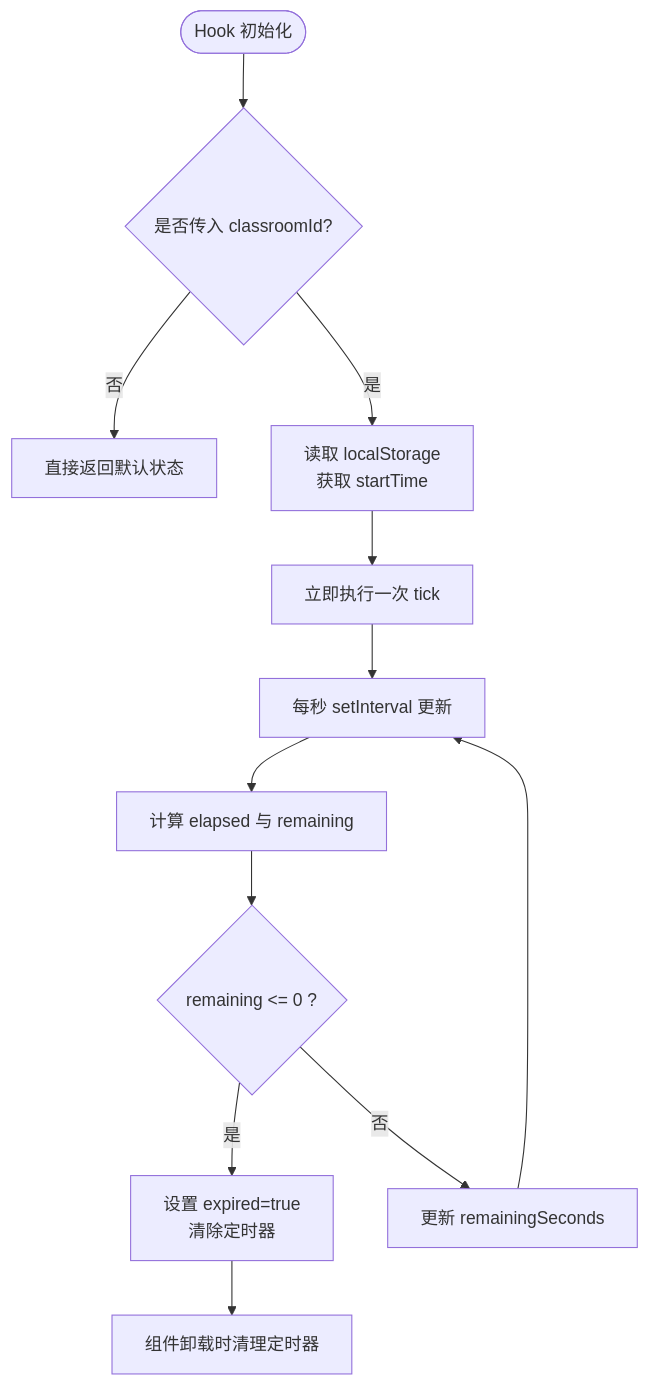
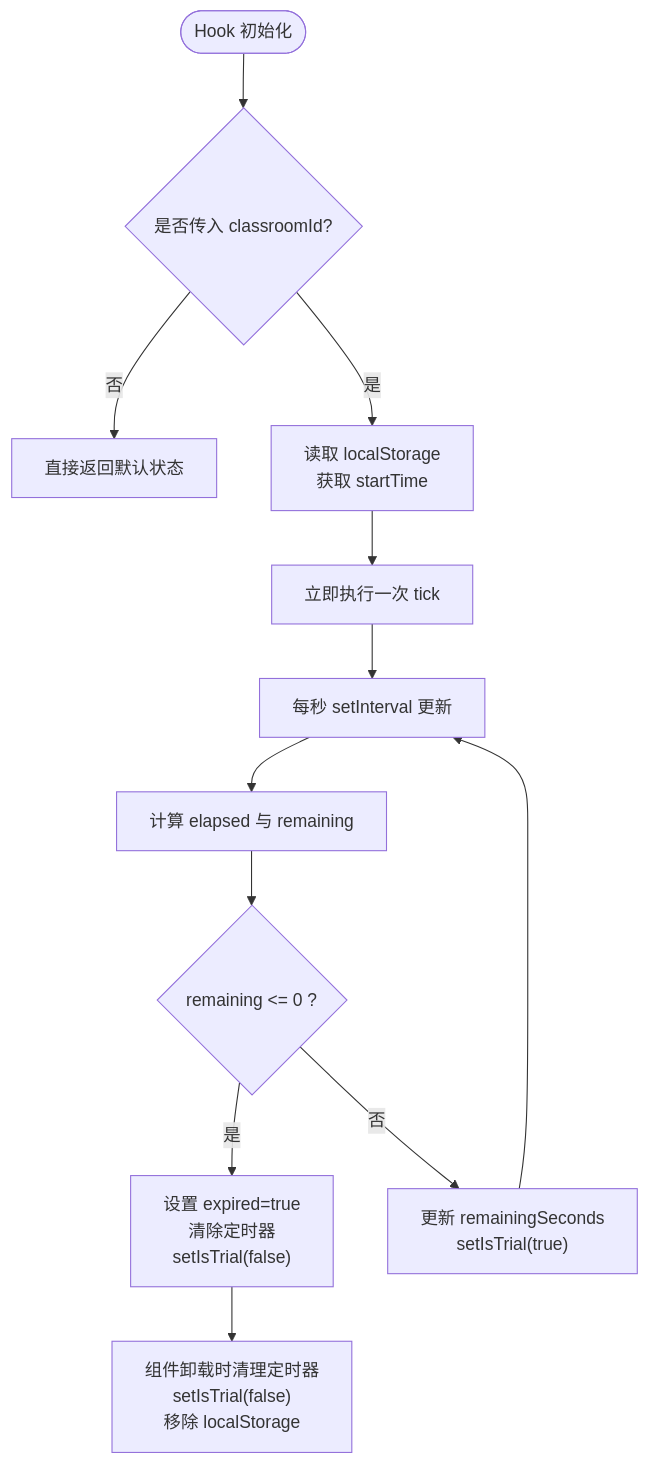
One commit to huangboheng/OpenMAIC changed the second of 2 diagrams in .qoder/repowiki/zh/content/架构设计/前端架构设计/组件系统架构/预览计时器钩子.md. Above: the diagram before and after it, drawn with Mermaid. The commit also changed other lines of this file and 41 other files, not shown here.

````diff
--- a/.qoder/repowiki/zh/content/架构设计/前端架构设计/组件系统架构/预览计时器钩子.md
+++ b/.qoder/repowiki/zh/content/架构设计/前端架构设计/组件系统架构/预览计时器钩子.md
@@ -92,14 +121,14 @@
 ```mermaid
 flowchart TD
 Start(["Hook 初始化"]) --> CheckClassroom{"是否传入 classroomId?"}
 CheckClassroom --> |否| EndNoop["直接返回默认状态"]
 CheckClassroom --> |是| ReadStorage["读取 localStorage<br/>获取 startTime"]
 ReadStorage --> InitTick["立即执行一次 tick"]
 InitTick --> SetInterval["每秒 setInterval 更新"]
 SetInterval --> CalcRemaining["计算 elapsed 与 remaining"]
 CalcRemaining --> ExpiredCheck{"remaining <= 0 ?"}
-ExpiredCheck --> |是| MarkExpired["设置 expired=true<br/>清除定时器"]
-ExpiredCheck --> |否| UpdateState["更新 remainingSeconds"]
+ExpiredCheck --> |是| MarkExpired["设置 expired=true<br/>清除定时器<br/>setIsTrial(false)"]
+ExpiredCheck --> |否| UpdateState["更新 remainingSeconds<br/>setIsTrial(true)"]
 UpdateState --> SetInterval
-MarkExpired --> Cleanup["组件卸载时清理定时器"]
+MarkExpired --> Cleanup["组件卸载时清理定时器<br/>setIsTrial(false)<br/>移除 localStorage"]
 ```
````
